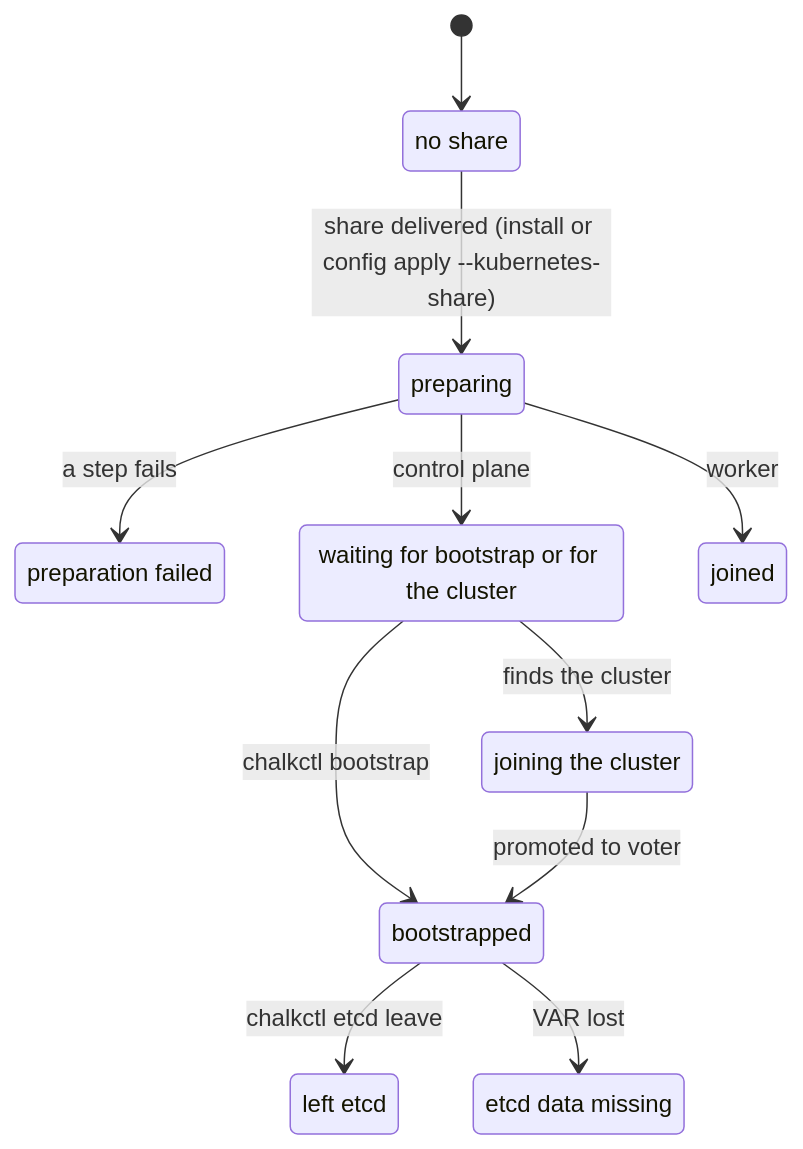
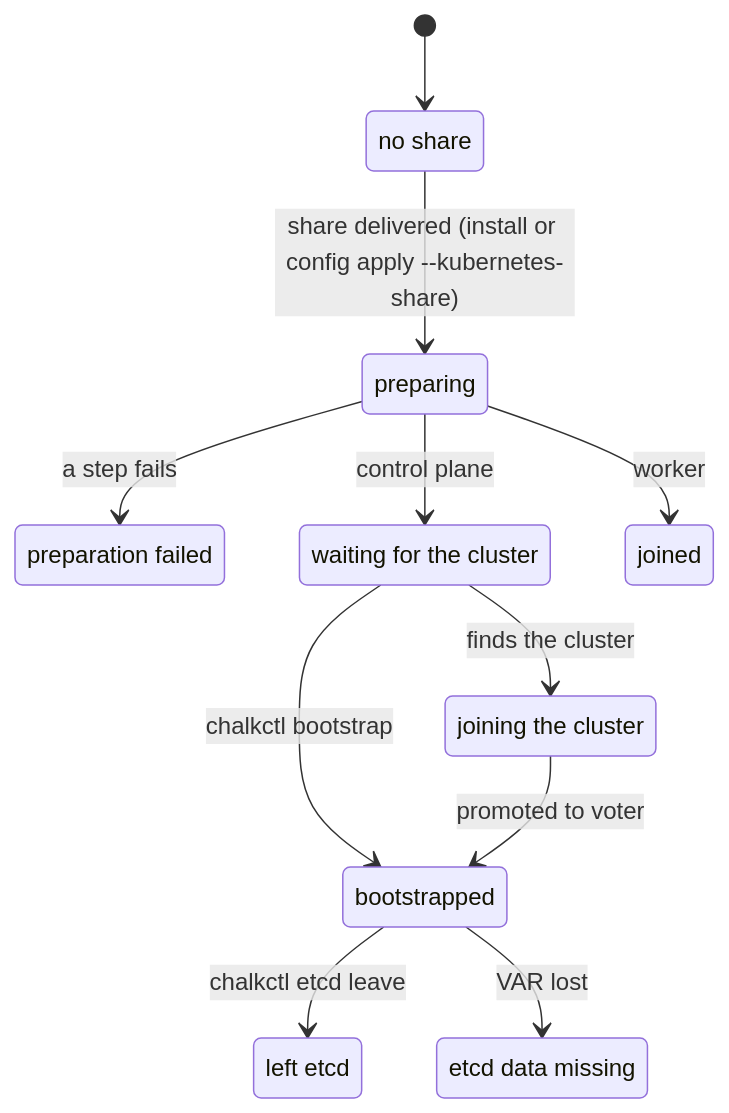
Before and after one commit to trevex/chalkos: the third of 3 diagrams in docs/how-it-works/kubernetes/control-plane.md, drawn with Mermaid. The commit also changed other lines of this file and 108 other files, not shown here.

````diff
--- a/docs/how-it-works/kubernetes/control-plane.md
+++ b/docs/how-it-works/kubernetes/control-plane.md
@@ -222,22 +232,22 @@
 ```mermaid
 stateDiagram-v2
     state "no share" as NoShare
     state "preparing" as Preparing
     state "preparation failed" as Failed
-    state "waiting for bootstrap or for the cluster" as Waiting
+    state "waiting for the cluster" as Waiting
     state "joining the cluster" as Joining
     state "bootstrapped" as Bootstrapped
     state "joined" as Joined
     state "left etcd" as Left
     state "etcd data missing" as Missing
     [*] --> NoShare
     NoShare --> Preparing: share delivered (install or config apply --kubernetes-share)
     Preparing --> Failed: a step fails
     Preparing --> Joined: worker
     Preparing --> Waiting: control plane
     Waiting --> Bootstrapped: chalkctl bootstrap
     Waiting --> Joining: finds the cluster
     Joining --> Bootstrapped: promoted to voter
     Bootstrapped --> Left: chalkctl etcd leave
     Bootstrapped --> Missing: VAR lost
 ```
````
